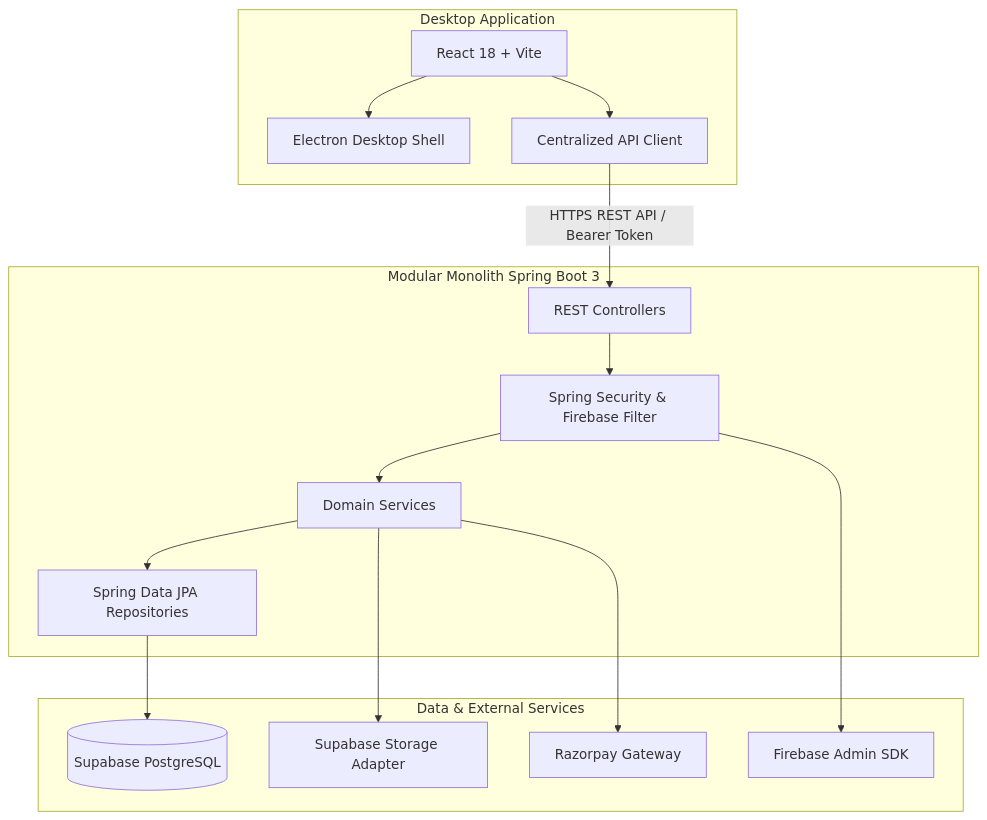
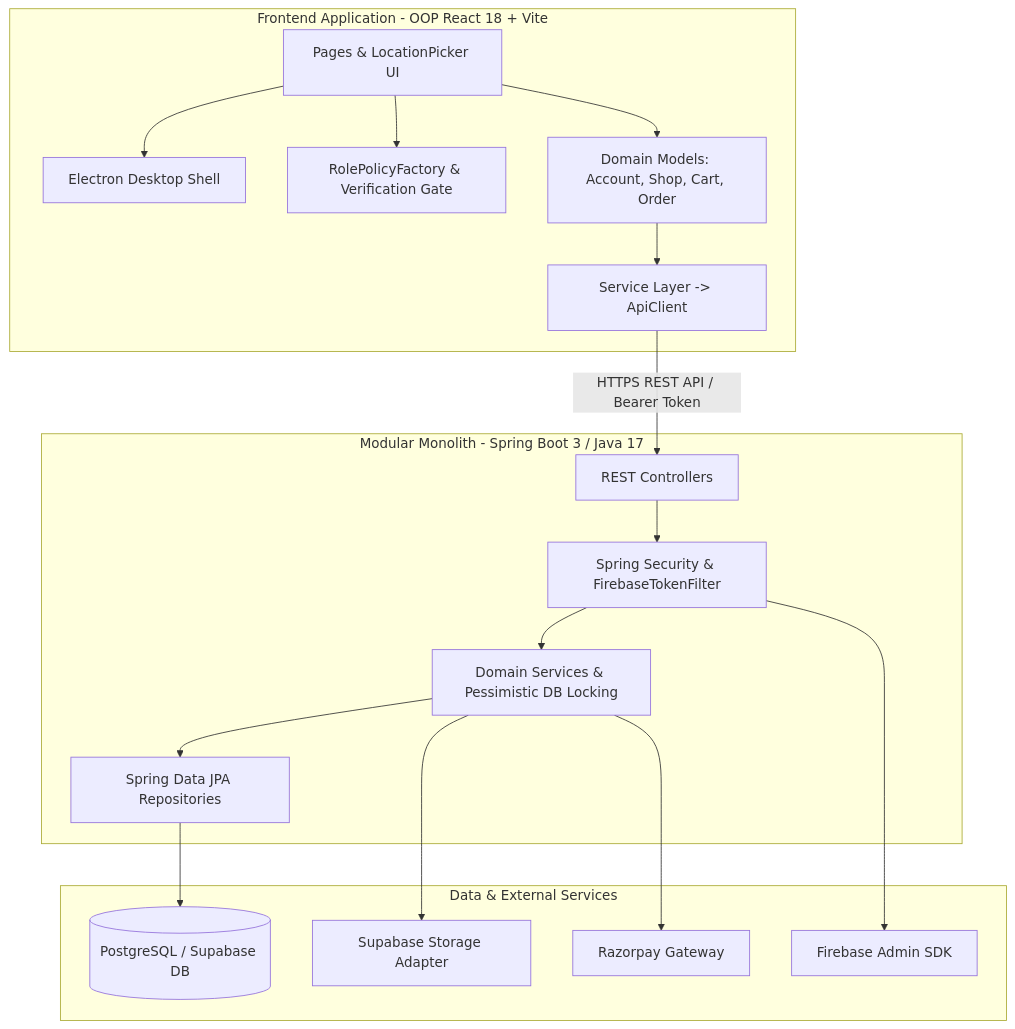
One commit to nextcoder07/Quickbite-backend changed the diagram in README.md. Above: the diagram before and after it, drawn with Mermaid. The commit also changed other lines of this file and 114 other files, not shown here.

````diff
--- a/README.md
+++ b/README.md
@@ -9,21 +9,23 @@
 ```mermaid
 graph TD
-    subgraph Desktop [Desktop Application]
-        UI[React 18 + Vite] --> Electron[Electron Desktop Shell]
-        UI --> Client[Centralized API Client]
+    subgraph Desktop [Frontend Application - OOP React 18 + Vite]
+        UI[Pages & LocationPicker UI] --> Electron[Electron Desktop Shell]
+        UI --> Policies[RolePolicyFactory & Verification Gate]
+        UI --> Models[Domain Models: Account, Shop, Cart, Order]
+        Models --> Services[Service Layer -> ApiClient]
     end
 
-    subgraph Backend [Modular Monolith Spring Boot 3]
-        Client -->|HTTPS REST API / Bearer Token| Controller[REST Controllers]
-        Controller --> Security[Spring Security & Firebase Filter]
-        Security --> Services[Domain Services]
-        Services --> Repo[Spring Data JPA Repositories]
+    subgraph Backend [Modular Monolith - Spring Boot 3 / Java 17]
+        Services -->|HTTPS REST API / Bearer Token| Controller[REST Controllers]
+        Controller --> Security[Spring Security & FirebaseTokenFilter]
+        Security --> DomainServices[Domain Services & Pessimistic DB Locking]
+        DomainServices --> Repo[Spring Data JPA Repositories]
     end
 
     subgraph DataServices [Data & External Services]
-        Repo --> DB[(Supabase PostgreSQL)]
-        Services --> Storage[Supabase Storage Adapter]
-        Services --> Razorpay[Razorpay Gateway]
+        Repo --> DB[(PostgreSQL / Supabase DB)]
+        DomainServices --> Storage[Supabase Storage Adapter]
+        DomainServices --> Razorpay[Razorpay Gateway]
         Security --> FirebaseAuth[Firebase Admin SDK]
     end
 ```
````
